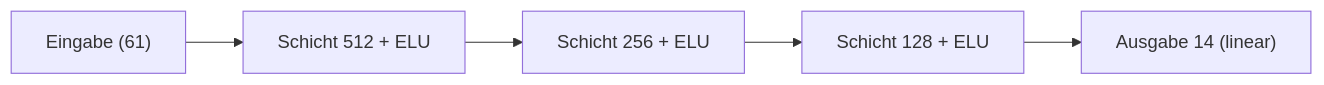
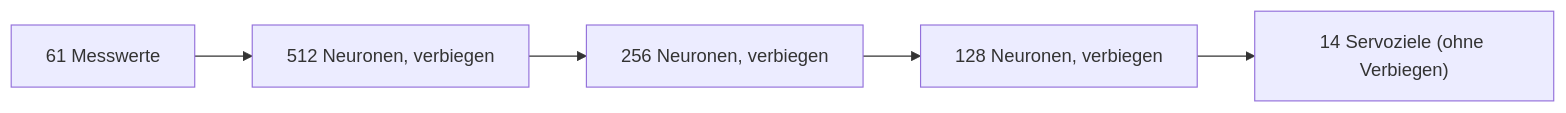
The first of 5 diagrams in kern/docs/buch-gruen/A-grundlagen-neuronale-netze.md (ChristianHohlfeld/kernengine.de), drawn with Mermaid before and after one commit. The commit also changed other lines of this file and 2 other files, not shown here.

````diff
--- a/kern/docs/buch-gruen/A-grundlagen-neuronale-netze.md
+++ b/kern/docs/buch-gruen/A-grundlagen-neuronale-netze.md
@@ -55,7 +119,7 @@
 ```mermaid
 flowchart LR
-  x["Eingabe (61)"] --> L1["Schicht 512 + ELU"]
-  L1 --> L2["Schicht 256 + ELU"]
-  L2 --> L3["Schicht 128 + ELU"]
-  L3 --> y["Ausgabe 14 (linear)"]
+  x["61 Messwerte"] --> L1["512 Neuronen, verbiegen"]
+  L1 --> L2["256 Neuronen, verbiegen"]
+  L2 --> L3["128 Neuronen, verbiegen"]
+  L3 --> y["14 Servoziele (ohne Verbiegen)"]
 ```
````
